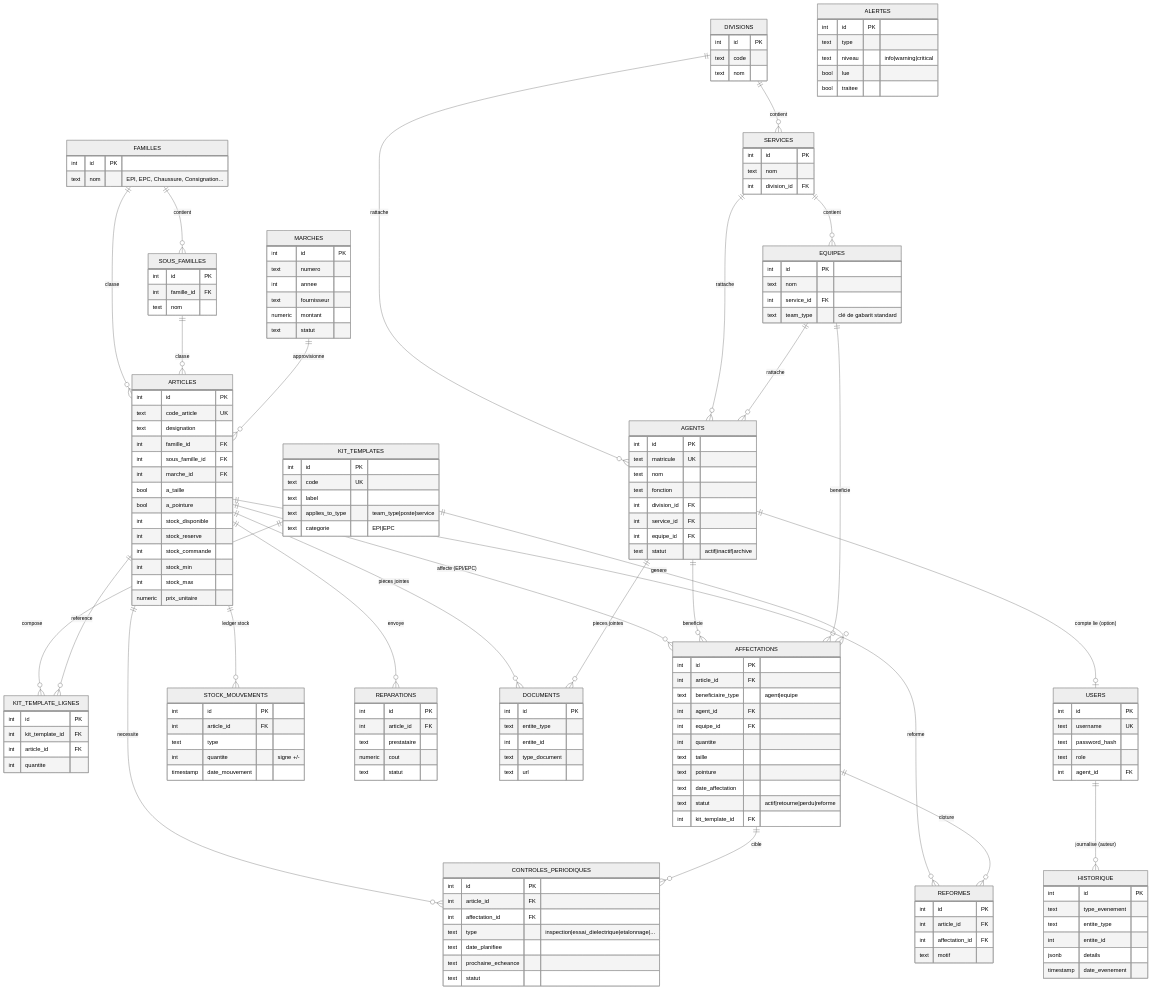
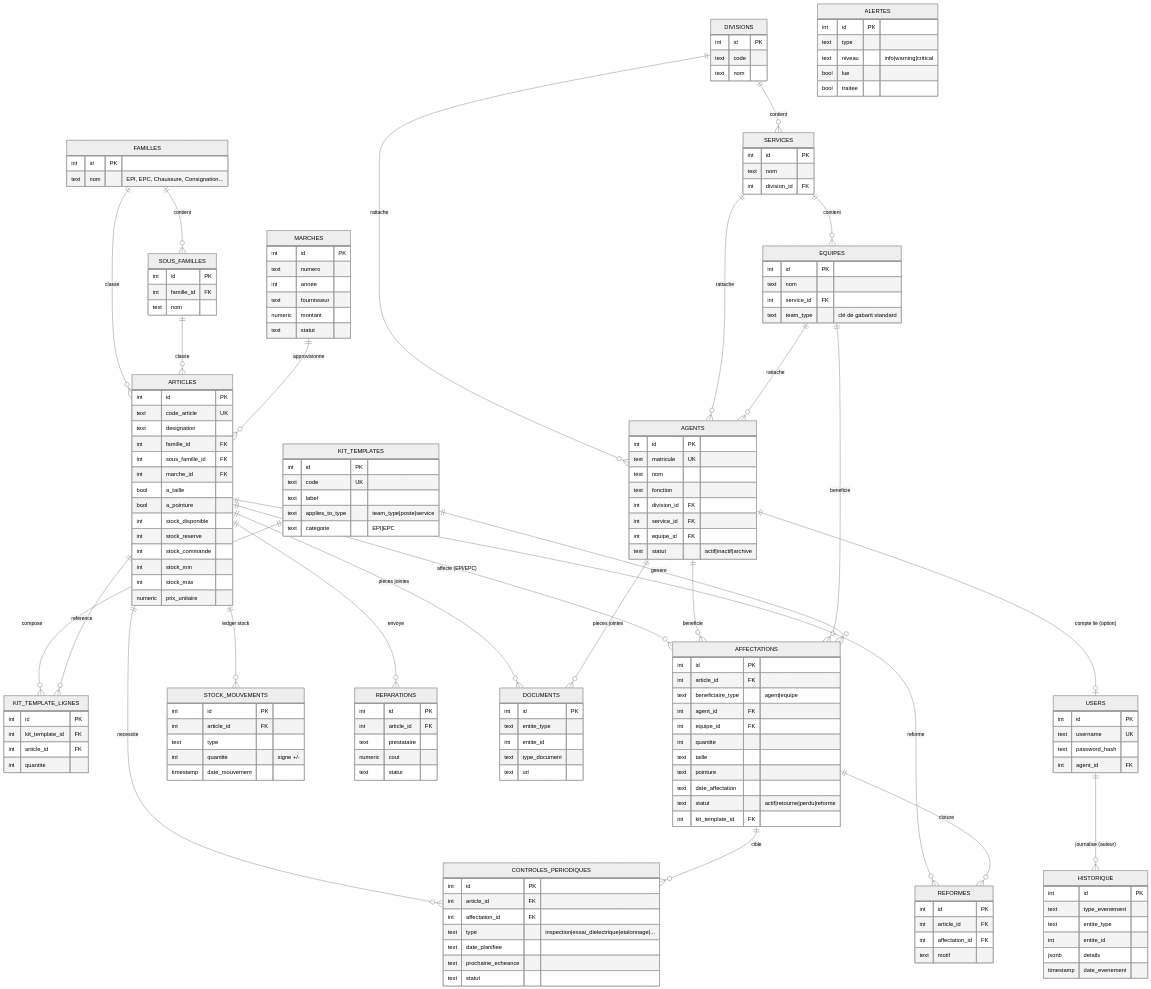
One commit to OmarOufissa/turbo-journey changed the diagram in epi-epc-app/docs/erd.md. Above: the diagram before and after it, drawn with Mermaid (neutral theme). The commit also changed 17 other files, not shown here.

````diff
--- a/epi-epc-app/docs/erd.md
+++ b/epi-epc-app/docs/erd.md
@@ -178,7 +178,6 @@
         int id PK
         text username UK
         text password_hash
-        text role
         int agent_id FK
     }
 ```
````
